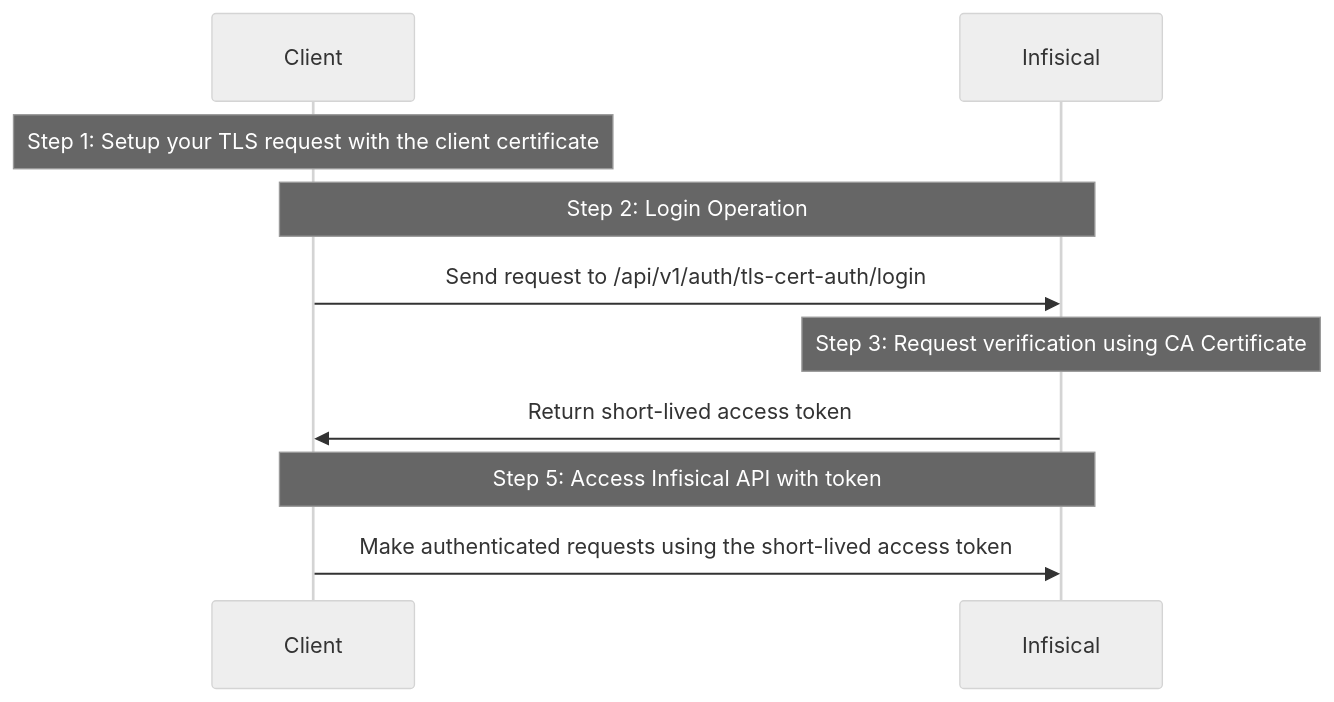
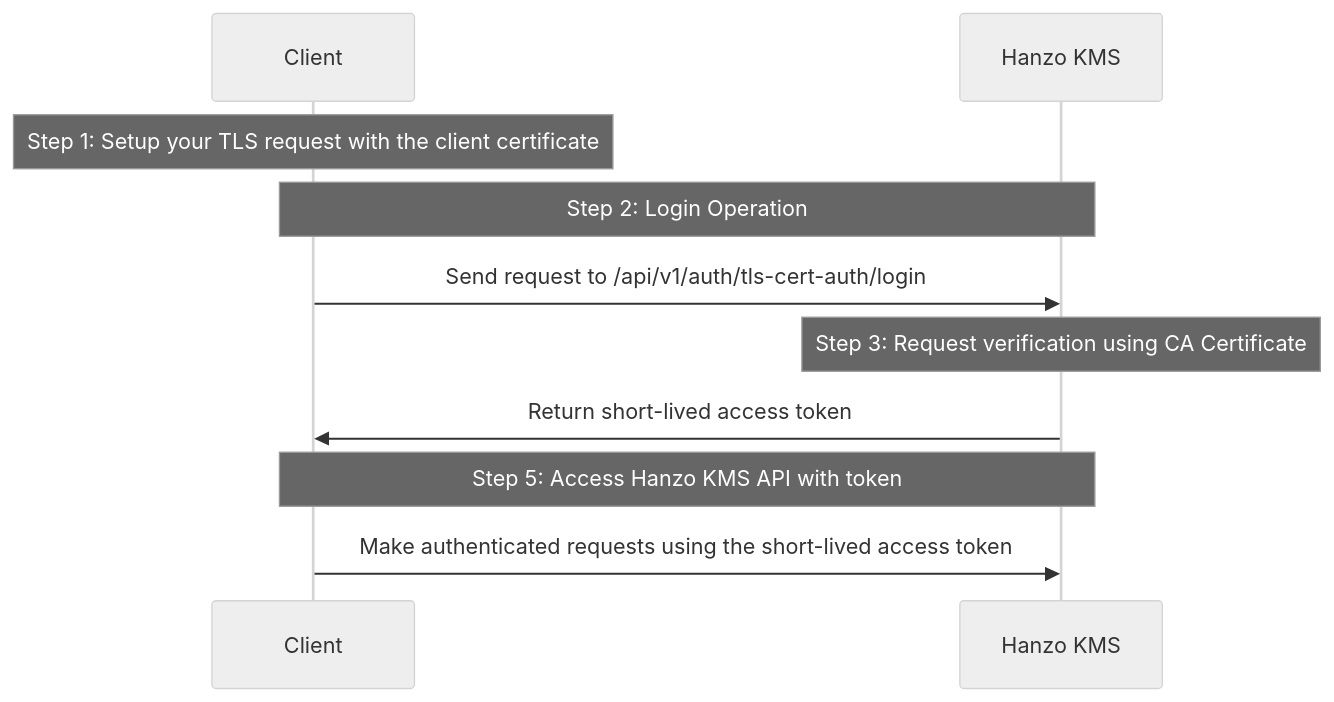
One commit to hanzoai/kms changed the diagram in docs/documentation/platform/identities/tls-cert-auth.mdx. Above: the diagram before and after it, drawn with Mermaid (neutral theme). The commit also changed other lines of this file and 927 other files, not shown here.

First line of the commit message:
feat: complete Hanzo KMS rebranding across upstream merge

````diff
--- a/docs/documentation/platform/identities/tls-cert-auth.mdx
+++ b/docs/documentation/platform/identities/tls-cert-auth.mdx
@@ -12,17 +12,17 @@
 ```mermaid
 sequenceDiagram
   participant Client
-  participant Infisical
+  participant Hanzo KMS
 
   Note over Client,Client: Step 1: Setup your TLS request with the client certificate
 
-  Note over Client,Infisical: Step 2: Login Operation
-  Client->>Infisical: Send request to /api/v1/auth/tls-cert-auth/login
+  Note over Client,Hanzo KMS: Step 2: Login Operation
+  Client->>Hanzo KMS: Send request to /api/v1/auth/tls-cert-auth/login
 
-  Note over Infisical: Step 3: Request verification using CA Certificate
+  Note over Hanzo KMS: Step 3: Request verification using CA Certificate
 
-  Infisical->>Client: Return short-lived access token
+  Hanzo KMS->>Client: Return short-lived access token
 
-  Note over Client,Infisical: Step 5: Access Infisical API with token
-  Client->>Infisical: Make authenticated requests using the short-lived access token
+  Note over Client,Hanzo KMS: Step 5: Access Hanzo KMS API with token
+  Client->>Hanzo KMS: Make authenticated requests using the short-lived access token
 ```
````
